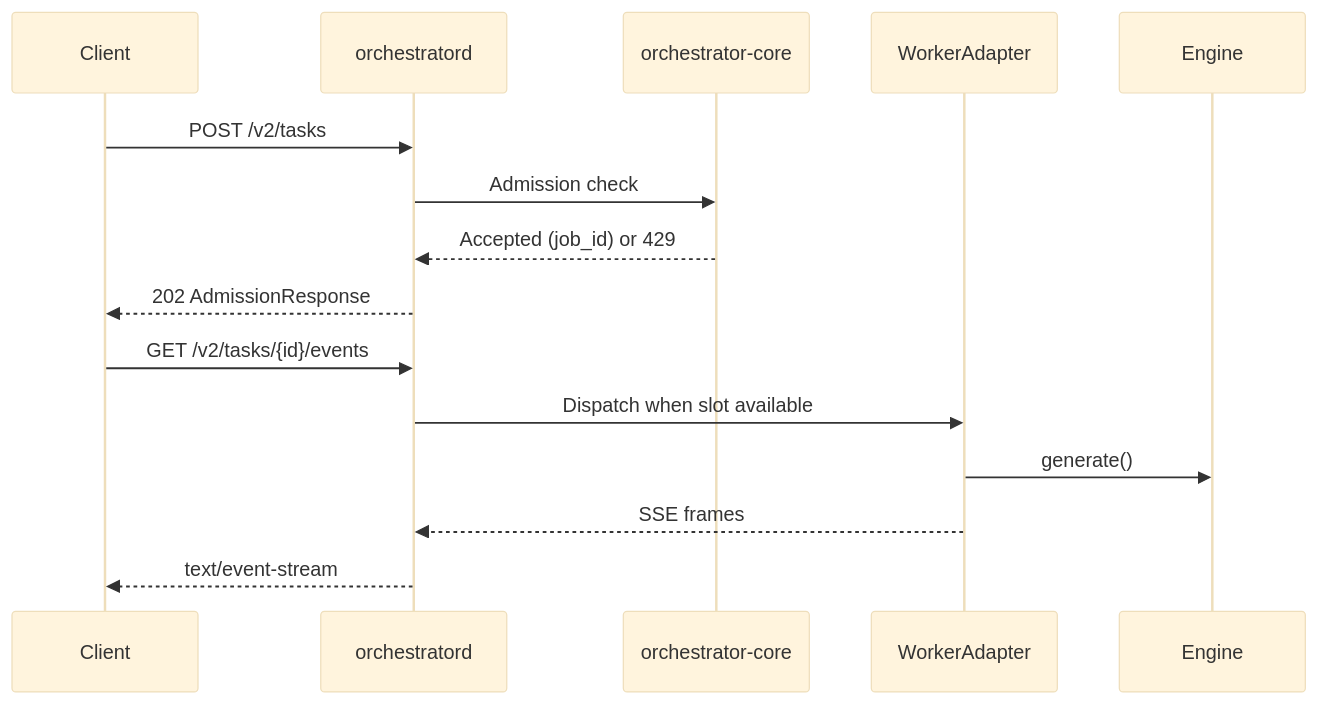
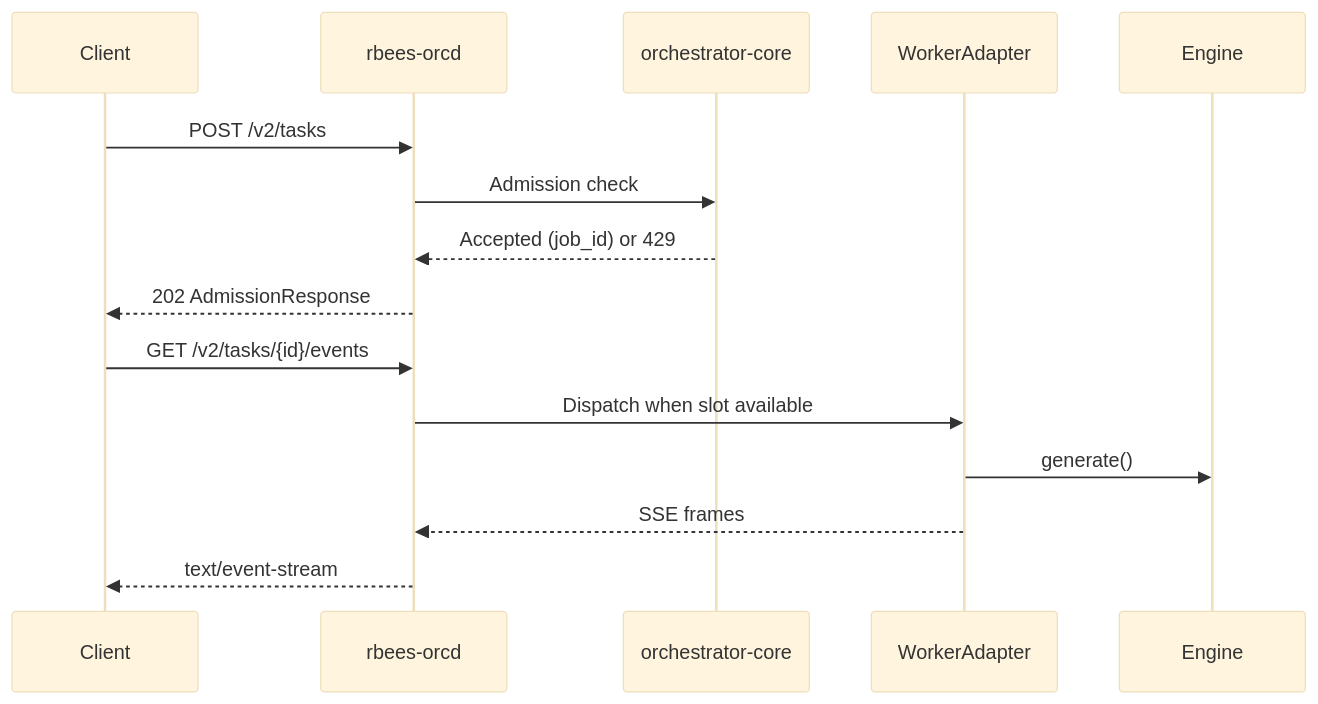
One commit to veighnsche/llama-orch changed the fourth of 4 diagrams in README.md. Above: the diagram before and after it, drawn with Mermaid (base theme). The commit also changed other lines of this file and 221 other files, not shown here.

````diff
--- a/README.md
+++ b/README.md
@@ -498,12 +498,12 @@
 ```mermaid
 sequenceDiagram
-  Client->>orchestratord: POST /v2/tasks
-  orchestratord->>orchestrator-core: Admission check
-  orchestrator-core-->>orchestratord: Accepted (job_id) or 429
-  orchestratord-->>Client: 202 AdmissionResponse
-  Client->>orchestratord: GET /v2/tasks/{id}/events
-  orchestratord->>WorkerAdapter: Dispatch when slot available
+  Client->>rbees-orcd: POST /v2/tasks
+  rbees-orcd->>orchestrator-core: Admission check
+  orchestrator-core-->>rbees-orcd: Accepted (job_id) or 429
+  rbees-orcd-->>Client: 202 AdmissionResponse
+  Client->>rbees-orcd: GET /v2/tasks/{id}/events
+  rbees-orcd->>WorkerAdapter: Dispatch when slot available
   WorkerAdapter->>Engine: generate()
-  WorkerAdapter-->>orchestratord: SSE frames
-  orchestratord-->>Client: text/event-stream
+  WorkerAdapter-->>rbees-orcd: SSE frames
+  rbees-orcd-->>Client: text/event-stream
 ```
````
